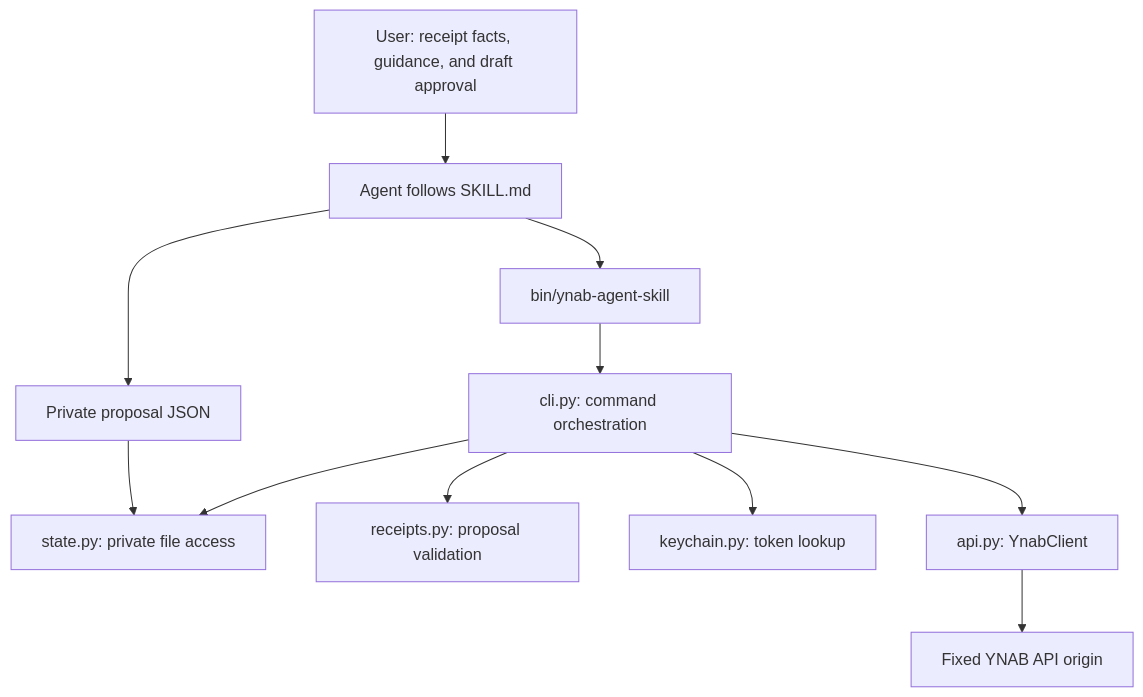
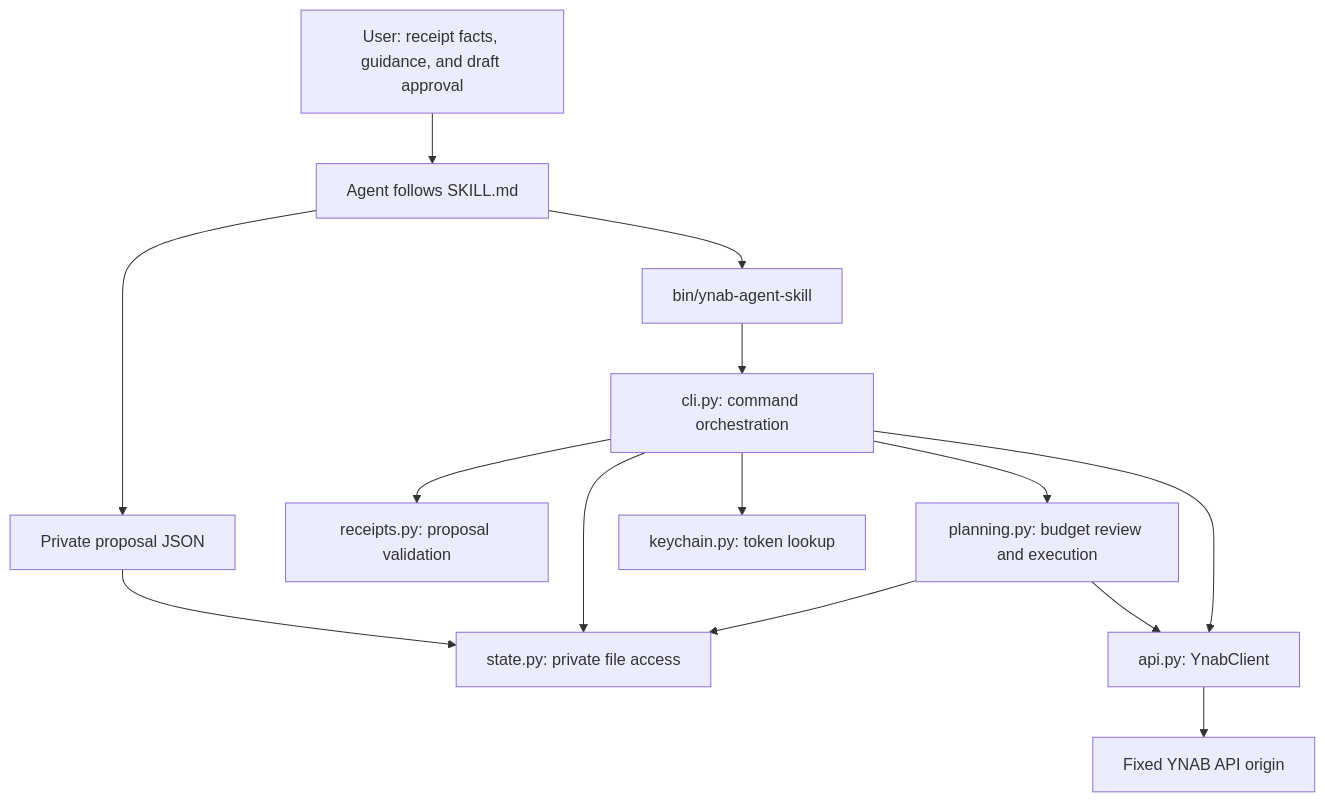
The first of 2 diagrams in ARCHITECTURE.md (daryldimalanta/ynab-agent-skill), drawn with Mermaid before and after one commit. The commit also changed other lines of this file and 14 other files, not shown here.

First line of the commit message:
feat: implement monthly budget planning and single-category assignments (v0.7.0)

````diff
--- a/ARCHITECTURE.md
+++ b/ARCHITECTURE.md
@@ -49,13 +51,16 @@
 ```mermaid
 flowchart TD
     User[User: receipt facts, guidance, and draft approval] --> Skill[Agent follows SKILL.md]
     Skill --> Proposal[Private proposal JSON]
     Skill --> Launcher[bin/ynab-agent-skill]
     Launcher --> CLI[cli.py: command orchestration]
     Proposal --> State[state.py: private file access]
     CLI --> State
     CLI --> Receipts[receipts.py: proposal validation]
+    CLI --> Planning[planning.py: budget review and execution]
+    Planning --> State
+    Planning --> API
     CLI --> Keychain[keychain.py: token lookup]
     CLI --> API[api.py: YnabClient]
     API --> YNAB[Fixed YNAB API origin]
 ```
````
